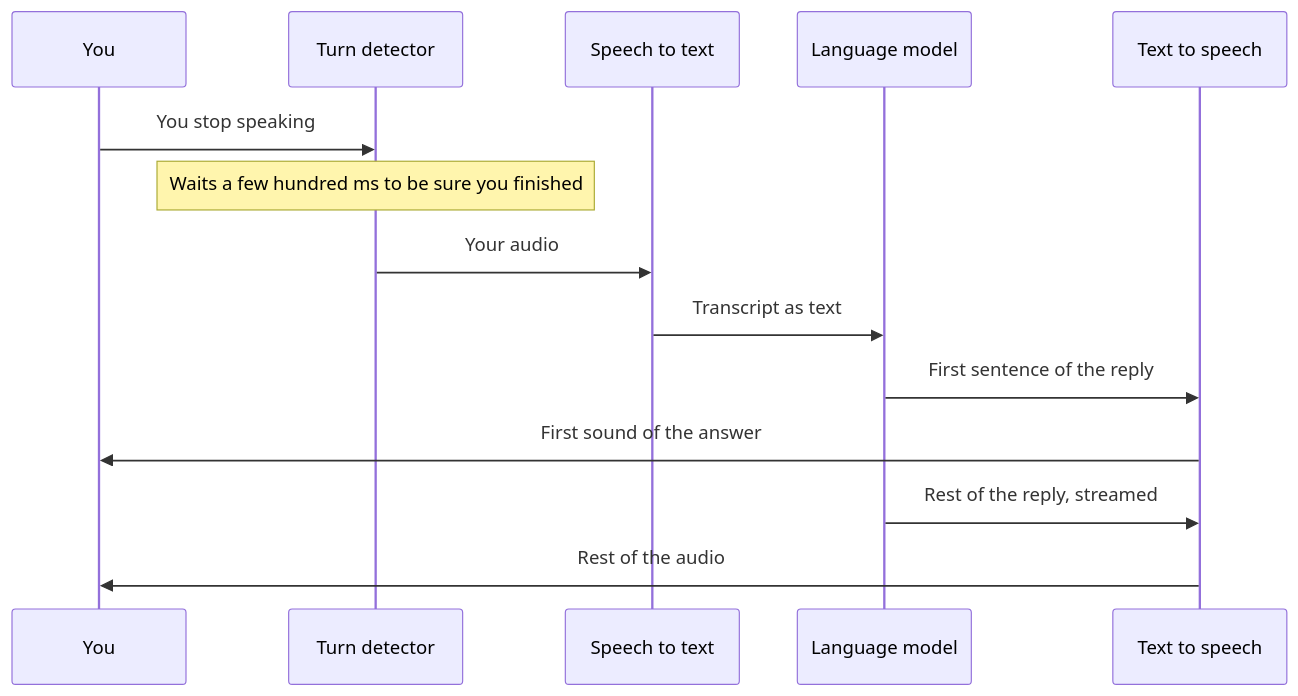
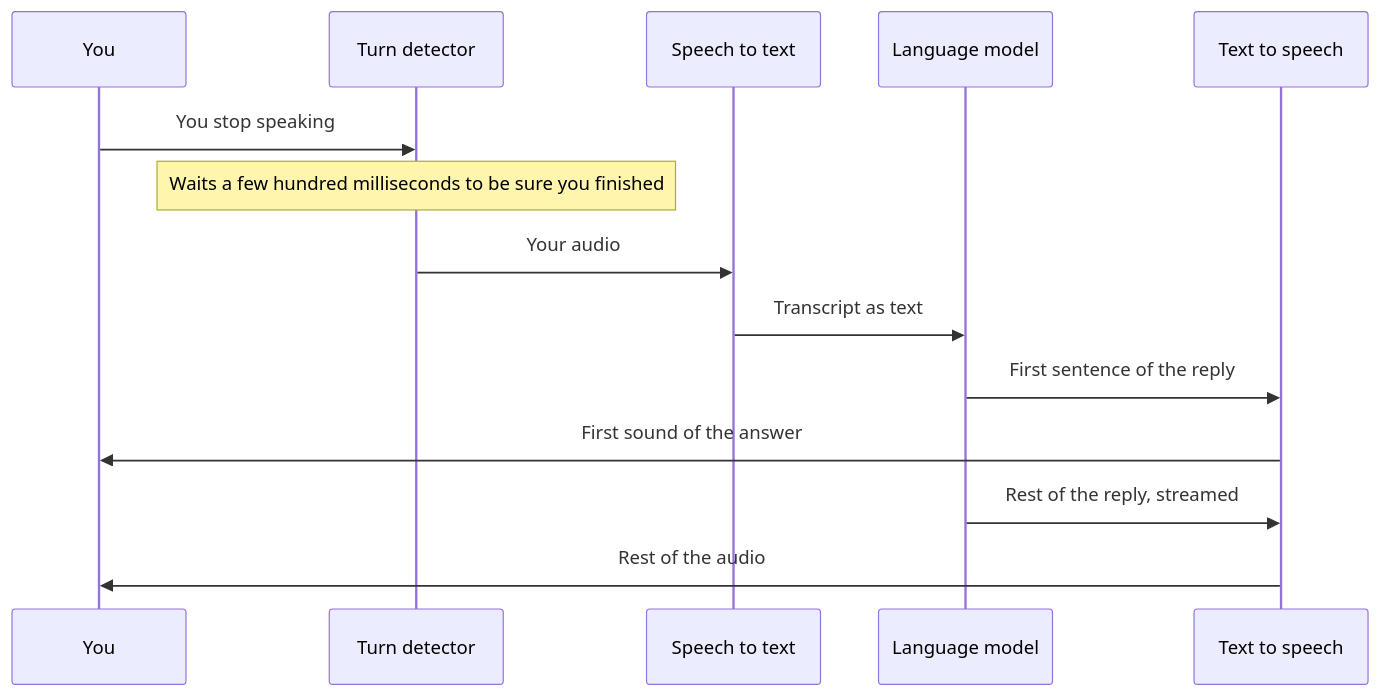
One commit to mcichael1-eng/Leash-Holder-2 changed the fourth of 8 diagrams in ai-book/chapters/22-multimodal-models.md. Above: the diagram before and after it, drawn with Mermaid. The commit also changed other lines of this file and 50 other files, not shown here.

````diff
--- a/ai-book/chapters/22-multimodal-models.md
+++ b/ai-book/chapters/22-multimodal-models.md
@@ -330,16 +330,16 @@
 ```mermaid
 sequenceDiagram
     participant U as You
     participant V as Turn detector
     participant A as Speech to text
     participant L as Language model
     participant T as Text to speech
     U->>V: You stop speaking
-    Note over V: Waits a few hundred ms to be sure you finished
+    Note over V: Waits a few hundred milliseconds to be sure you finished
     V->>A: Your audio
     A->>L: Transcript as text
     L->>T: First sentence of the reply
     T->>U: First sound of the answer
     L->>T: Rest of the reply, streamed
     T->>U: Rest of the audio
 ```
````
